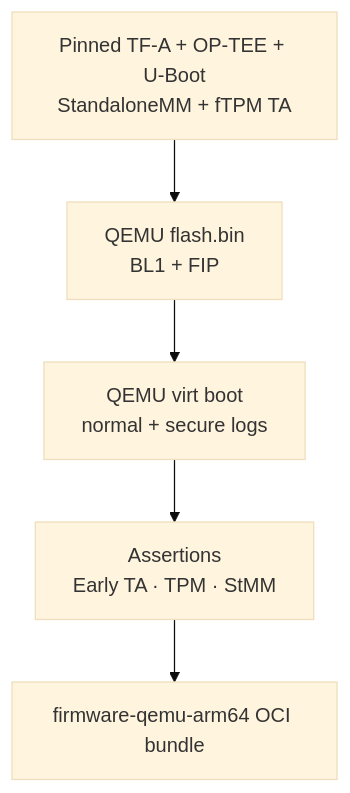
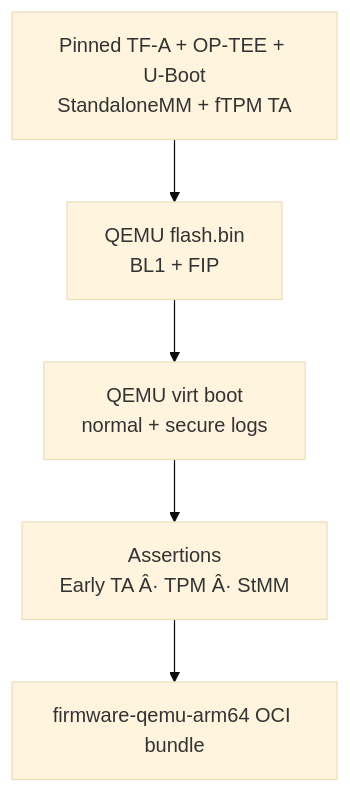
Before and after one commit to corning-croak-cable/yubiOS: the fifth of 12 diagrams in docs/ARCHITECTURE.md, drawn with Mermaid (base theme). The commit also changed other lines of this file and 139 other files, not shown here.

````diff
--- a/docs/ARCHITECTURE.md
+++ b/docs/ARCHITECTURE.md
@@ -175,10 +175,10 @@
 ```mermaid
 flowchart TD
     S["Pinned TF-A + OP-TEE + U-Boot<br/>StandaloneMM + fTPM TA"]
     F["QEMU flash.bin<br/>BL1 + FIP"]
     Q["QEMU virt boot<br/>normal + secure logs"]
-    A["Assertions<br/>Early TA · TPM · StMM"]
+    A["Assertions<br/>Early TA Â· TPM Â· StMM"]
     O["firmware-qemu-arm64 OCI bundle"]
 
     S --> F --> Q --> A --> O
 ```
````
